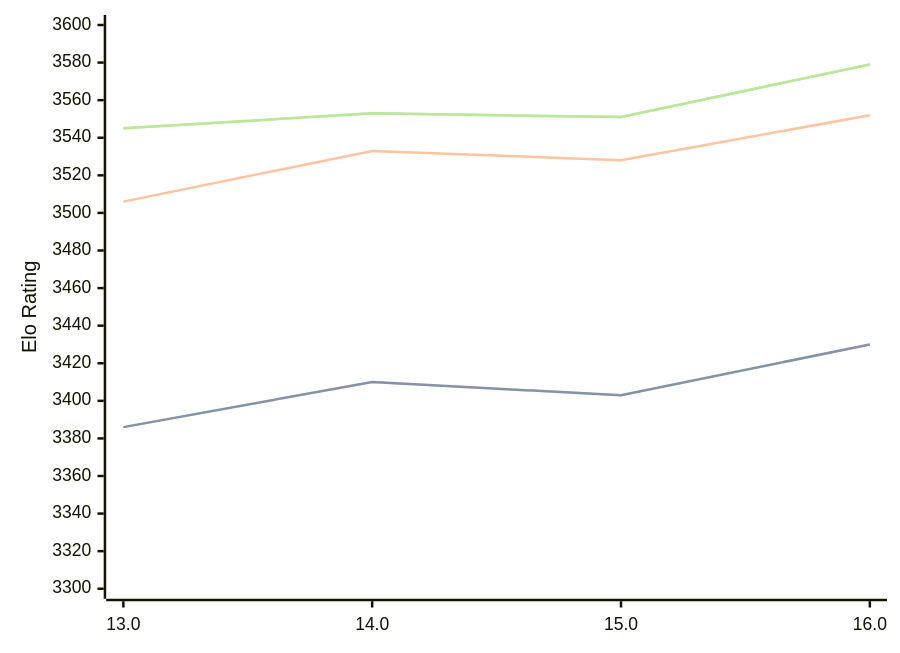
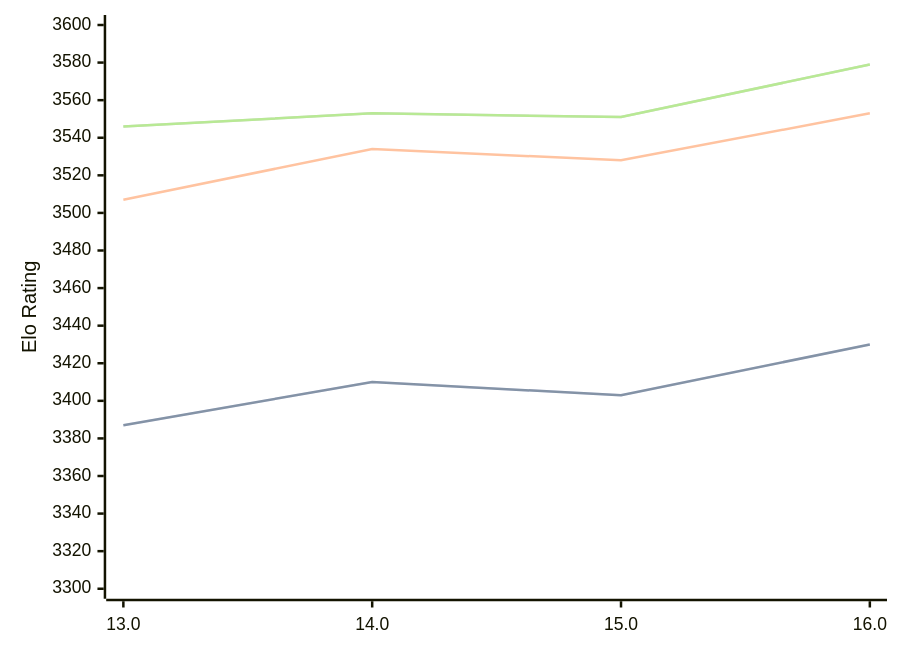
Before and after one commit to computer-chess-index/cci: the diagram in engines/Obsidian.md, drawn with Mermaid. The commit also changed other lines of this file, not shown here.

Commit message:
Update CCI Ratings (ELO VLTC) - 2026-08-19

````diff
--- a/engines/Obsidian.md
+++ b/engines/Obsidian.md
@@ -34,11 +34,11 @@
 ```mermaid
 %%{init: {"theme":"base","themeVariables":{"seriesColors:['#a3a3a3','#222221','#faa371']}}}%%
 xychart-beta
   x-axis ["13.0", "14.0", "15.0", "16.0"]
   y-axis "Elo Rating" 3300 --> 3600
-  line "STC (8.0+0.08s)" [3386, 3410, 3403, 3430]
-  line "STC (8.0+0.08s)" [3386, 3410, 3403, 3430]
-  line "LTC (60.0+0.60s)" [3506, 3533, 3528, 3552]
-  line "VLTC (2m24s+1.12s)" [3545, 3553, 3551, 3579]
-  line "VLTC (2m24s+1.12s)" [3545, 3553, 3551, 3579]
+  line "STC (8.0+0.08s)" [3387, 3410, 3403, 3430]
+  line "STC (8.0+0.08s)" [3387, 3410, 3403, 3430]
+  line "LTC (60.0+0.60s)" [3507, 3534, 3528, 3553]
+  line "VLTC (2m24s+1.12s)" [3546, 3553, 3551, 3579]
+  line "VLTC (2m24s+1.12s)" [3546, 3553, 3551, 3579]
 ```
````
